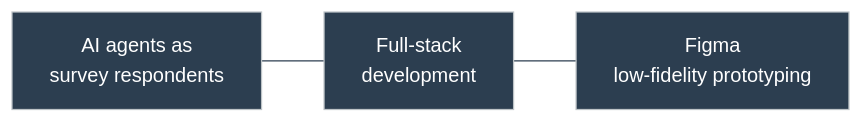
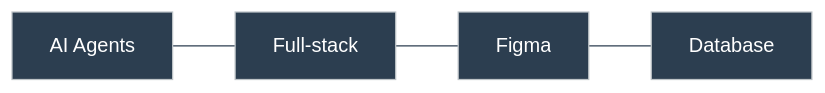
Before and after one commit to duducm2/my-personal-repo: the sixth of 13 diagrams in portfolio/mermaid/diagrams.md, drawn with Mermaid. The commit also changed other lines of this file and 3 other files, not shown here.

````diff
--- a/portfolio/mermaid/diagrams.md
+++ b/portfolio/mermaid/diagrams.md
@@ -166,8 +89,9 @@
 ```mermaid
 %%{init: {'theme': 'base', 'themeVariables': { 'primaryColor': '#2c3e50', 'primaryTextColor': '#fff', 'primaryBorderColor': '#bdc3c7', 'lineColor': '#2c3e50', 'fontFamily': 'Lato'}}}%%
 flowchart LR
-  A["AI agents as\nsurvey respondents"]
-  B["Full-stack\ndevelopment"]
-  C["Figma\nlow-fidelity prototyping"]
-  A --- B --- C
+  A["AI Agents"]
+  B["Full-stack"]
+  C["Figma"]
+  D["Database"]
+  A --- B --- C --- D
 ```
````
